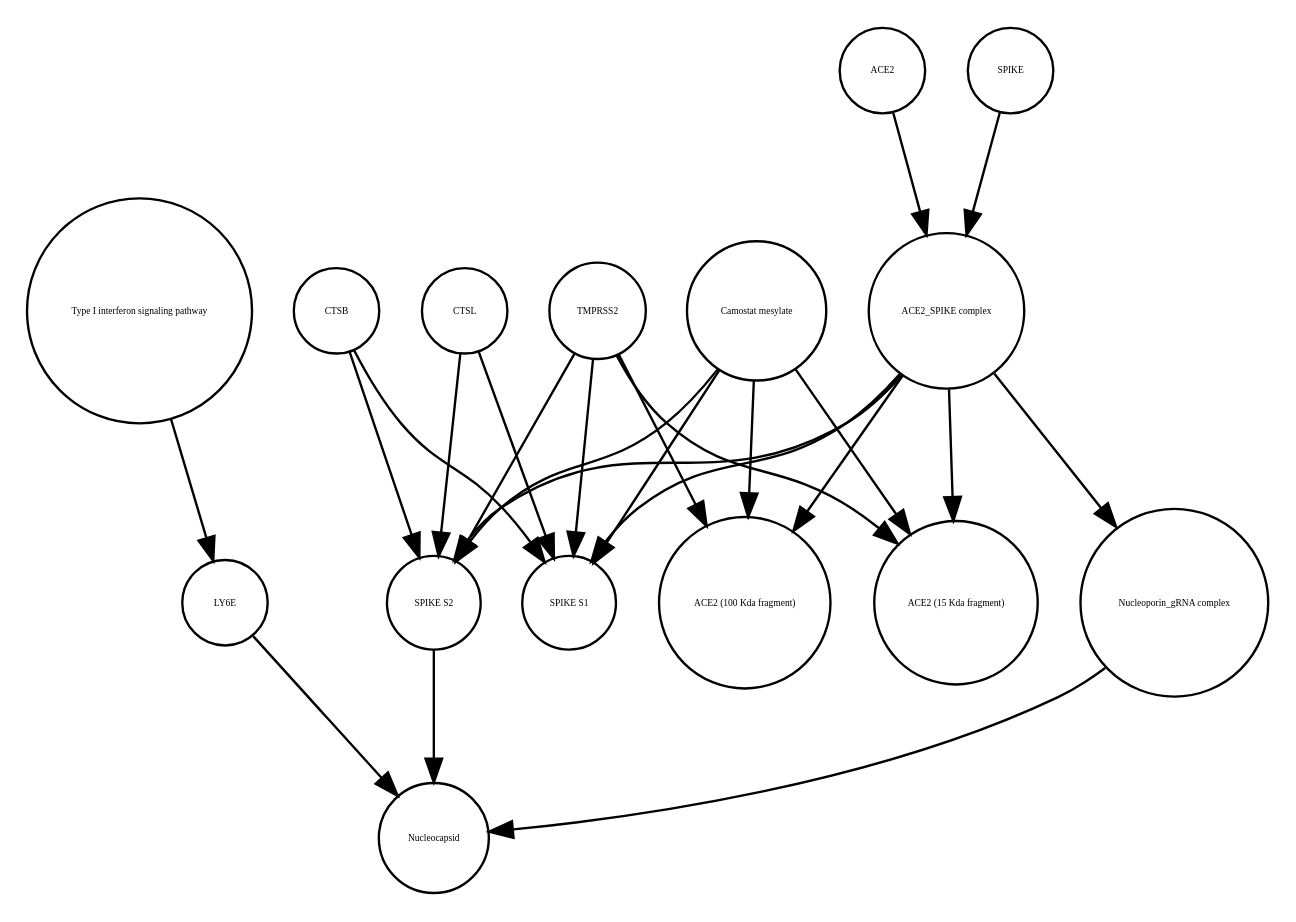
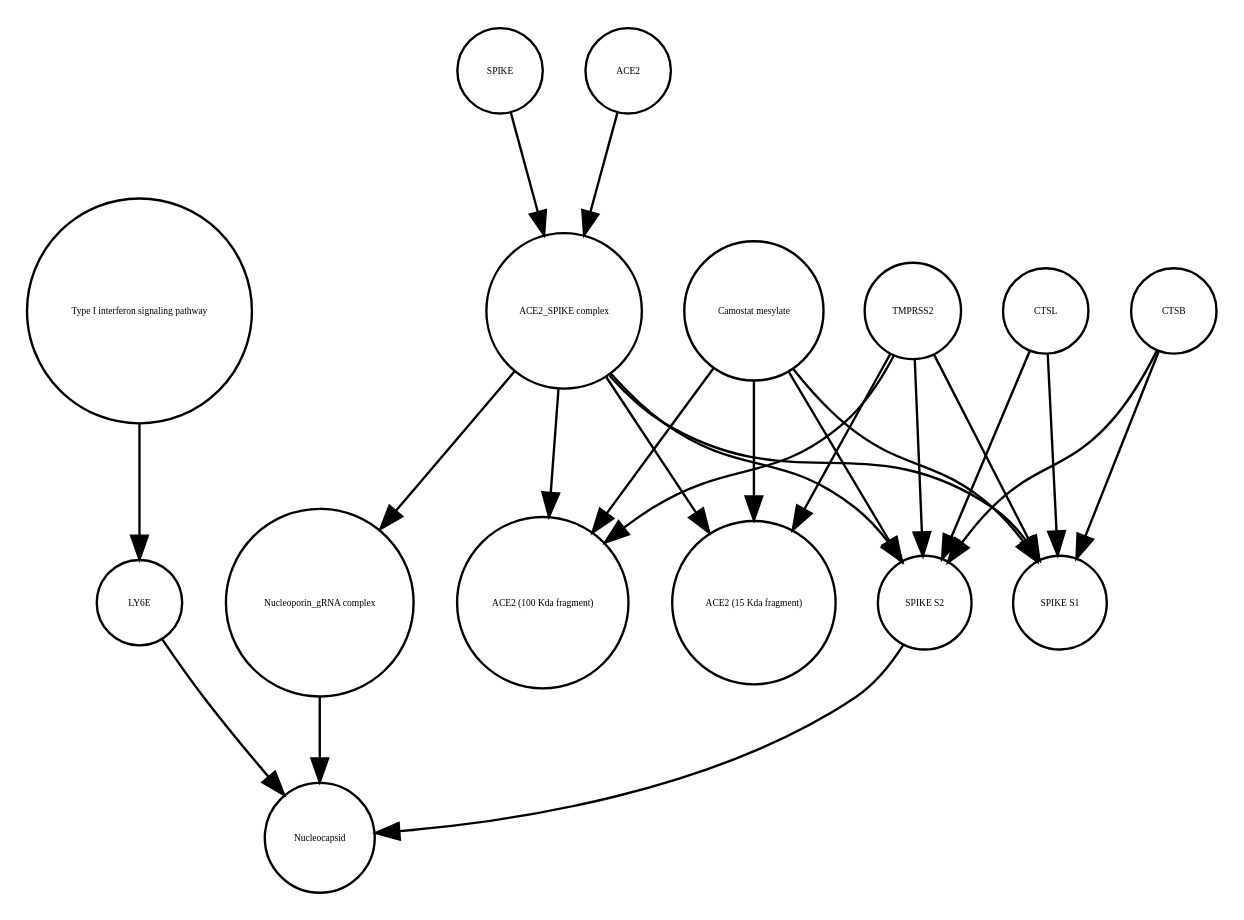
The diagram in Virus_replication_cycle_V02.xml_projected.dot (cannin/covid19-sbgn), drawn with Graphviz before and after one commit. The commit also changed 621 other files, not shown here.

```diff
--- a/Virus_replication_cycle_V02.xml_projected.dot
+++ b/Virus_replication_cycle_V02.xml_projected.dot
@@ -1,40 +1,40 @@
 strict digraph  {
 "Type I interferon signaling pathway" [annotation="", bipartite=0, cls=phenotype, fontsize=4, label="Type I interferon signaling pathway", shape=circle];
 LY6E [annotation="", bipartite=0, cls=macromolecule, fontsize=4, label=LY6E, shape=circle];
+"Camostat mesylate" [annotation="urn_miriam_pubchem.compound_2536", bipartite=0, cls="simple chemical", fontsize=4, label="Camostat mesylate", shape=circle];
+"ACE2 (100 Kda fragment)" [annotation="", bipartite=0, cls=macromolecule, fontsize=4, label="ACE2 (100 Kda fragment)", shape=circle];
+"SPIKE S2" [annotation="", bipartite=0, cls=macromolecule, fontsize=4, label="SPIKE S2", shape=circle];
+SPIKE [annotation="", bipartite=0, cls="macromolecule multimer", fontsize=4, label=SPIKE, shape=circle];
+ACE2 [annotation="", bipartite=0, cls=macromolecule, fontsize=4, label=ACE2, shape=circle];
 "ACE2_SPIKE complex" [annotation="", bipartite=0, cls=complex, fontsize=4, label="ACE2_SPIKE complex", shape=circle];
-ACE2 [annotation="", bipartite=0, cls=macromolecule, fontsize=4, label=ACE2, shape=circle];
+TMPRSS2 [annotation="", bipartite=0, cls=macromolecule, fontsize=4, label=TMPRSS2, shape=circle];
 CTSL [annotation="", bipartite=0, cls=macromolecule, fontsize=4, label=CTSL, shape=circle];
-"SPIKE S2" [annotation="", bipartite=0, cls=macromolecule, fontsize=4, label="SPIKE S2", shape=circle];
-TMPRSS2 [annotation="", bipartite=0, cls=macromolecule, fontsize=4, label=TMPRSS2, shape=circle];
-SPIKE [annotation="", bipartite=0, cls="macromolecule multimer", fontsize=4, label=SPIKE, shape=circle];
+"ACE2 (15 Kda fragment)" [annotation="", bipartite=0, cls=macromolecule, fontsize=4, label="ACE2 (15 Kda fragment)", shape=circle];
+"SPIKE S1" [annotation="", bipartite=0, cls=macromolecule, fontsize=4, label="SPIKE S1", shape=circle];
+Nucleocapsid [annotation="", bipartite=0, cls=complex, fontsize=4, label=Nucleocapsid, shape=circle];
 CTSB [annotation="", bipartite=0, cls=macromolecule, fontsize=4, label=CTSB, shape=circle];
 "Nucleoporin_gRNA complex " [annotation="", bipartite=0, cls=complex, fontsize=4, label="Nucleoporin_gRNA complex ", shape=circle];
-"SPIKE S1" [annotation="", bipartite=0, cls=macromolecule, fontsize=4, label="SPIKE S1", shape=circle];
-Nucleocapsid [annotation="", bipartite=0, cls=complex, fontsize=4, label=Nucleocapsid, shape=circle];
-"ACE2 (100 Kda fragment)" [annotation="", bipartite=0, cls=macromolecule, fontsize=4, label="ACE2 (100 Kda fragment)", shape=circle];
-"Camostat mesylate" [annotation="urn_miriam_pubchem.compound_2536", bipartite=0, cls="simple chemical", fontsize=4, label="Camostat mesylate", shape=circle];
-"ACE2 (15 Kda fragment)" [annotation="", bipartite=0, cls=macromolecule, fontsize=4, label="ACE2 (15 Kda fragment)", shape=circle];
 "Type I interferon signaling pathway" -> LY6E  [annotation="", interaction_type=stimulation];
 LY6E -> Nucleocapsid  [annotation="urn_miriam_doi_10.1101%2F2020.03.05.979260|urn_miriam_doi_10.1101%2F2020.04.02.021469", interaction_type=inhibition];
+"Camostat mesylate" -> "ACE2 (100 Kda fragment)"  [annotation="urn_miriam_pubmed_32142651|urn_miriam_pubmed_32094589|urn_miriam_pubmed_24227843", interaction_type=inhibition];
+"Camostat mesylate" -> "ACE2 (15 Kda fragment)"  [annotation="urn_miriam_pubmed_32142651|urn_miriam_pubmed_32094589|urn_miriam_pubmed_24227843", interaction_type=inhibition];
+"Camostat mesylate" -> "SPIKE S1"  [annotation="urn_miriam_pubmed_32142651|urn_miriam_pubmed_32094589|urn_miriam_pubmed_24227843", interaction_type=inhibition];
+"Camostat mesylate" -> "SPIKE S2"  [annotation="urn_miriam_pubmed_32142651|urn_miriam_pubmed_32094589|urn_miriam_pubmed_24227843", interaction_type=inhibition];
+"SPIKE S2" -> Nucleocapsid  [annotation="", interaction_type=stimulation];
+SPIKE -> "ACE2_SPIKE complex"  [annotation="", interaction_type=production];
+ACE2 -> "ACE2_SPIKE complex"  [annotation="", interaction_type=production];
+"ACE2_SPIKE complex" -> "ACE2 (100 Kda fragment)"  [annotation="", interaction_type=production];
 "ACE2_SPIKE complex" -> "SPIKE S2"  [annotation="", interaction_type=production];
+"ACE2_SPIKE complex" -> "ACE2 (15 Kda fragment)"  [annotation="", interaction_type=production];
 "ACE2_SPIKE complex" -> "SPIKE S1"  [annotation="", interaction_type=production];
 "ACE2_SPIKE complex" -> "Nucleoporin_gRNA complex "  [annotation="urn_miriam_pubmed_32142651|urn_miriam_pubmed_32094589", interaction_type=stimulation];
-"ACE2_SPIKE complex" -> "ACE2 (100 Kda fragment)"  [annotation="", interaction_type=production];
-"ACE2_SPIKE complex" -> "ACE2 (15 Kda fragment)"  [annotation="", interaction_type=production];
-ACE2 -> "ACE2_SPIKE complex"  [annotation="", interaction_type=production];
+TMPRSS2 -> "ACE2 (100 Kda fragment)"  [annotation="urn_miriam_pubmed_32142651|urn_miriam_pubmed_32094589|urn_miriam_pubmed_24227843", interaction_type=catalysis];
+TMPRSS2 -> "ACE2 (15 Kda fragment)"  [annotation="urn_miriam_pubmed_32142651|urn_miriam_pubmed_32094589|urn_miriam_pubmed_24227843", interaction_type=catalysis];
+TMPRSS2 -> "SPIKE S1"  [annotation="urn_miriam_pubmed_32142651|urn_miriam_pubmed_32094589|urn_miriam_pubmed_24227843", interaction_type=catalysis];
+TMPRSS2 -> "SPIKE S2"  [annotation="urn_miriam_pubmed_32142651|urn_miriam_pubmed_32094589|urn_miriam_pubmed_24227843", interaction_type=catalysis];
+CTSL -> "SPIKE S1"  [annotation=urn_miriam_pubmed_32142651, interaction_type=catalysis];
 CTSL -> "SPIKE S2"  [annotation=urn_miriam_pubmed_32142651, interaction_type=catalysis];
-CTSL -> "SPIKE S1"  [annotation=urn_miriam_pubmed_32142651, interaction_type=catalysis];
-"SPIKE S2" -> Nucleocapsid  [annotation="urn_miriam_doi_10.1101%2F2020.03.05.979260|urn_miriam_doi_10.1101%2F2020.04.02.021469", interaction_type=stimulation];
-TMPRSS2 -> "ACE2 (100 Kda fragment)"  [annotation="urn_miriam_pubmed_32142651|urn_miriam_pubmed_32094589|urn_miriam_pubmed_24227843", interaction_type=catalysis];
-TMPRSS2 -> "SPIKE S2"  [annotation="urn_miriam_pubmed_32142651|urn_miriam_pubmed_32094589|urn_miriam_pubmed_24227843", interaction_type=catalysis];
-TMPRSS2 -> "SPIKE S1"  [annotation="urn_miriam_pubmed_32142651|urn_miriam_pubmed_32094589|urn_miriam_pubmed_24227843", interaction_type=catalysis];
-TMPRSS2 -> "ACE2 (15 Kda fragment)"  [annotation="urn_miriam_pubmed_32142651|urn_miriam_pubmed_32094589|urn_miriam_pubmed_24227843", interaction_type=catalysis];
-SPIKE -> "ACE2_SPIKE complex"  [annotation="", interaction_type=production];
+CTSB -> "SPIKE S1"  [annotation=urn_miriam_pubmed_32142651, interaction_type=catalysis];
 CTSB -> "SPIKE S2"  [annotation=urn_miriam_pubmed_32142651, interaction_type=catalysis];
-CTSB -> "SPIKE S1"  [annotation=urn_miriam_pubmed_32142651, interaction_type=catalysis];
 "Nucleoporin_gRNA complex " -> Nucleocapsid  [annotation="", interaction_type=production];
-"Camostat mesylate" -> "ACE2 (100 Kda fragment)"  [annotation="urn_miriam_pubmed_32142651|urn_miriam_pubmed_32094589|urn_miriam_pubmed_24227843", interaction_type=inhibition];
-"Camostat mesylate" -> "SPIKE S2"  [annotation="urn_miriam_pubmed_32142651|urn_miriam_pubmed_32094589|urn_miriam_pubmed_24227843", interaction_type=inhibition];
-"Camostat mesylate" -> "SPIKE S1"  [annotation="urn_miriam_pubmed_32142651|urn_miriam_pubmed_32094589|urn_miriam_pubmed_24227843", interaction_type=inhibition];
-"Camostat mesylate" -> "ACE2 (15 Kda fragment)"  [annotation="urn_miriam_pubmed_32142651|urn_miriam_pubmed_32094589|urn_miriam_pubmed_24227843", interaction_type=inhibition];
 }
```
